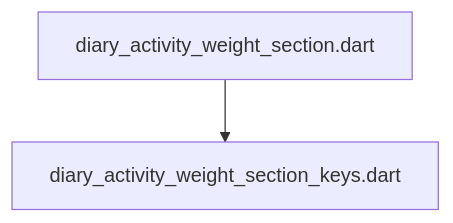
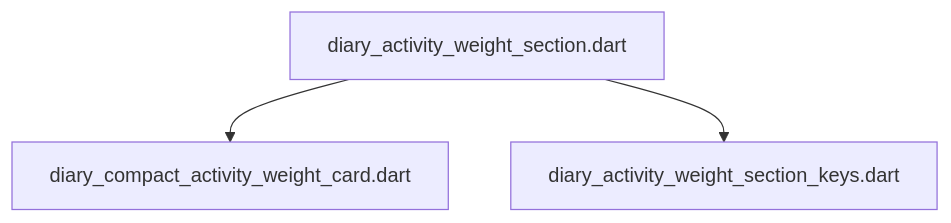
Before and after one commit to repinw/yamt: the diagram in lib/features/activity/presentation/widgets/activity_weight_section/DEPS.md, drawn with Mermaid. The commit also changed 5 other files, not shown here.

````diff
--- a/lib/features/activity/presentation/widgets/activity_weight_section/DEPS.md
+++ b/lib/features/activity/presentation/widgets/activity_weight_section/DEPS.md
@@ -6,4 +6,5 @@
 ```mermaid
 flowchart TD;
+diary_activity_weight_section.dart-->diary_compact_activity_weight_card.dart;
 diary_activity_weight_section.dart-->diary_activity_weight_section_keys.dart;
 ```
````
